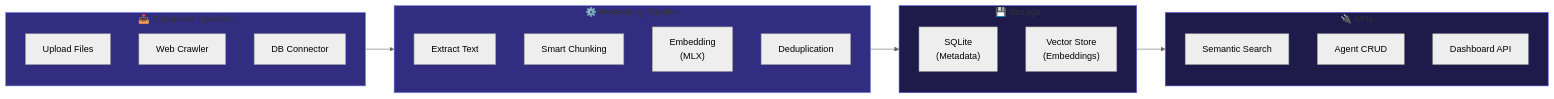
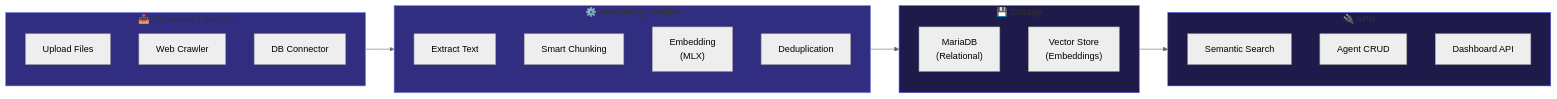
The third of 7 diagrams in docs/architecture.md (MegaWiz-Dev-Team/Asgard), drawn with Mermaid (neutral theme) before and after one commit. The commit also changed other lines of this file, not shown here.

First line of the commit message:
fix: architecture.md — SQLite→MariaDB (5 fixes) + add vLLM backend

````diff
--- a/docs/architecture.md
+++ b/docs/architecture.md
@@ -133,34 +135,34 @@
 ```mermaid
 graph LR
     subgraph ingestion["📥 Document Ingestion"]
         Upload["Upload Files"]
         Crawl["Web Crawler"]
         DB["DB Connector"]
     end
 
     subgraph pipeline["⚙️ Processing Pipeline"]
         Extract["Extract Text"]
         Chunk["Smart Chunking"]
         Embed["Embedding<br/>(MLX)"]
         Dedup["Deduplication"]
     end
 
     subgraph storage["💾 Storage"]
-        SQLite["SQLite<br/>(Metadata)"]
+        MariaDB["MariaDB<br/>(Relational)"]
         Vectors["Vector Store<br/>(Embeddings)"]
     end
 
     subgraph api["🔌 APIs"]
         Search["Semantic Search"]
         AgentAPI["Agent CRUD"]
         DashAPI["Dashboard API"]
     end
 
     ingestion --> pipeline --> storage
     storage --> api
 
     style ingestion fill:#312e81,stroke:#818cf8
     style pipeline fill:#312e81,stroke:#818cf8
     style storage fill:#1e1b4b,stroke:#6366f1
     style api fill:#1e1b4b,stroke:#6366f1
 ```
````
